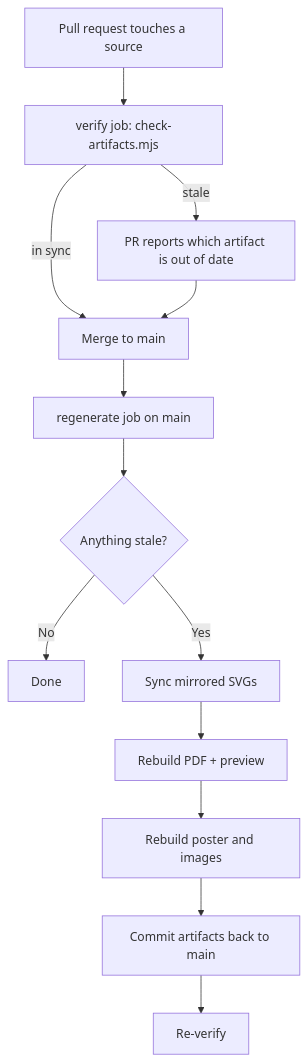
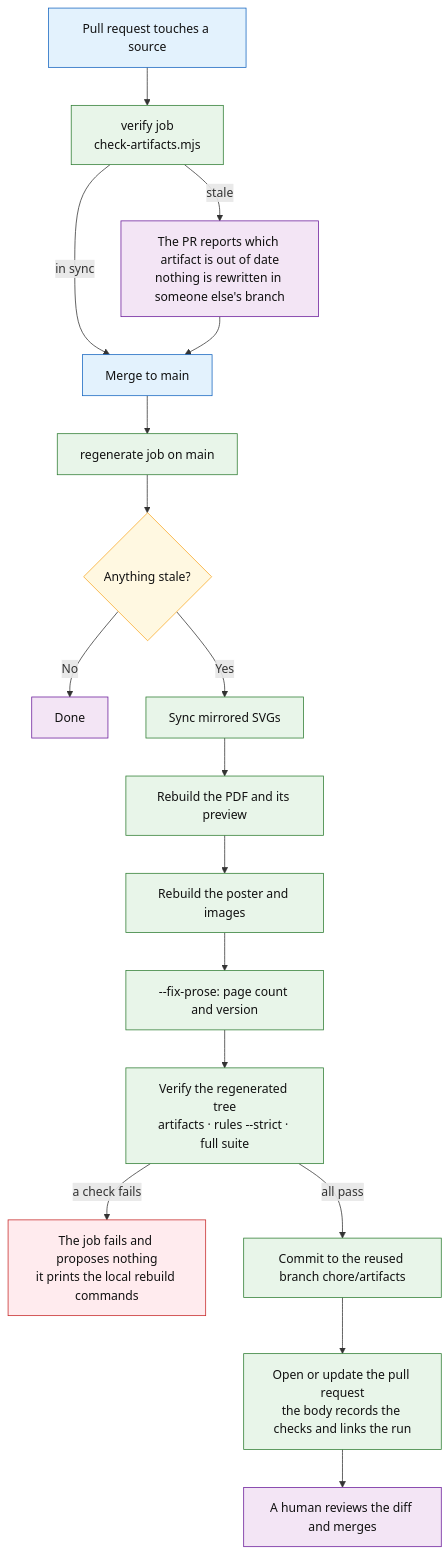
The fifth of 6 diagrams in docs/sql-migration-advisor-developer-pitch.md (fredgis/sql-migration-advisor), drawn with Mermaid before and after one commit. The commit also changed other lines of this file, not shown here.

````diff
--- a/docs/sql-migration-advisor-developer-pitch.md
+++ b/docs/sql-migration-advisor-developer-pitch.md
@@ -750,15 +799,30 @@
 ```mermaid
 flowchart TD
-    A[Pull request touches a source] --> B[verify job: check-artifacts.mjs]
-    B -- stale --> C[PR reports which artifact is out of date]
+    A[Pull request touches a source] --> B[verify job<br/>check-artifacts.mjs]
+    B -- stale --> C[The PR reports which artifact is out of date<br/>nothing is rewritten in someone else's branch]
     B -- in sync --> D[Merge to main]
     C --> D
     D --> E[regenerate job on main]
     E --> F{Anything stale?}
     F -- No --> G[Done]
     F -- Yes --> H[Sync mirrored SVGs]
-    H --> I[Rebuild PDF + preview]
-    I --> J[Rebuild poster and images]
-    J --> K[Commit artifacts back to main]
-    K --> L[Re-verify]
+    H --> I[Rebuild the PDF and its preview]
+    I --> J[Rebuild the poster and images]
+    J --> K[--fix-prose: page count and version]
+    K --> L[Verify the regenerated tree<br/>artifacts · rules --strict · full suite]
+    L -- a check fails --> M[The job fails and proposes nothing<br/>it prints the local rebuild commands]
+    L -- all pass --> N[Commit to the reused branch chore/artifacts]
+    N --> O[Open or update the pull request<br/>the body records the checks and links the run]
+    O --> P[A human reviews the diff and merges]
+
+    classDef src fill:#e3f2fd,stroke:#1565c0,color:#111
+    classDef proc fill:#e8f5e9,stroke:#2e7d32,color:#111
+    classDef ask fill:#fff8e1,stroke:#f9a825,color:#111
+    classDef stop fill:#ffebee,stroke:#c62828,color:#111
+    classDef human fill:#f3e5f5,stroke:#6a1b9a,color:#111
+    class A,D src
+    class B,E,H,I,J,K,L,N,O proc
+    class F ask
+    class M stop
+    class C,G,P human
 ```
````
